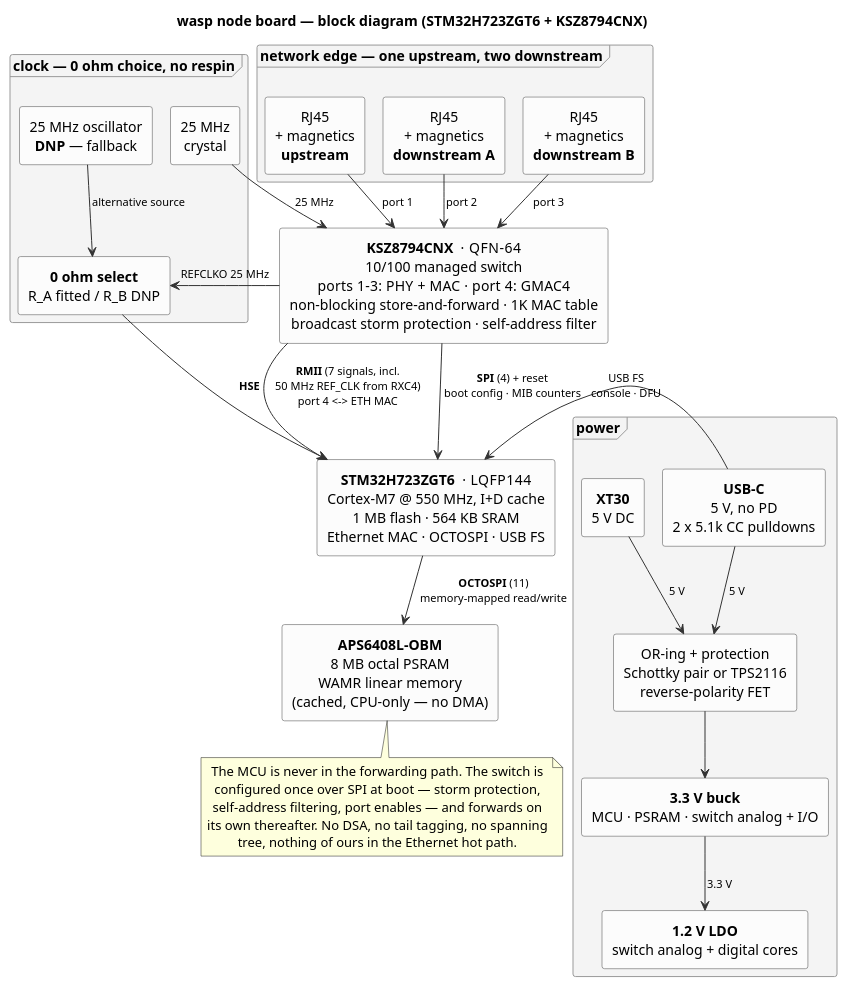
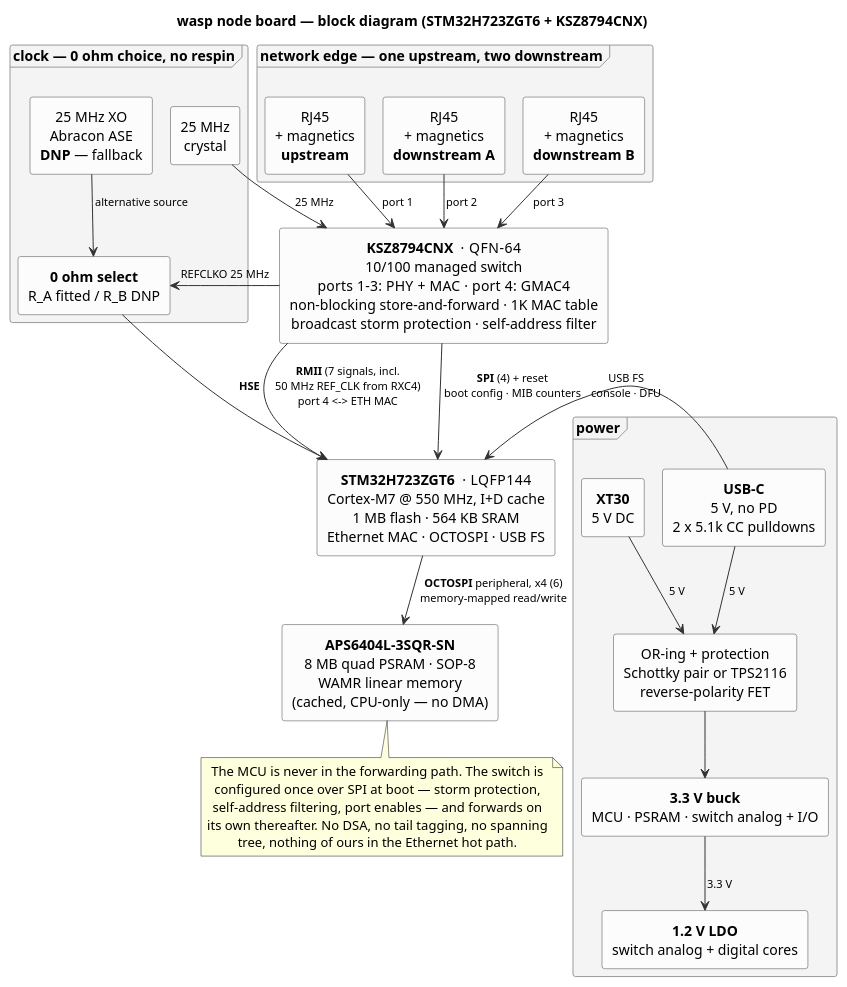
The diagram in docs/diagrams/node-board.puml (oskarvh/wasp), drawn with PlantUML before and after one commit. The commit also changed 12 other files, not shown here.

```diff
--- a/docs/diagrams/node-board.puml
+++ b/docs/diagrams/node-board.puml
@@ -1,74 +1,74 @@
 @startuml node-board
 ' Smetana = PlantUML's built-in layout engine, so no graphviz install
 !pragma layout smetana
 title wasp node board — block diagram (STM32H723ZGT6 + KSZ8794CNX)
 skinparam shadowing false
 skinparam defaultTextAlignment center
 skinparam ArrowColor #333333
 skinparam ArrowFontSize 11
 skinparam rectangle {
   BorderColor #444444
   BackgroundColor #FCFCFC
 }
 skinparam frame {
   BorderColor #999999
   BackgroundColor #F4F4F4
 }
 
 frame "network edge — one upstream, two downstream" as NET {
   rectangle "RJ45\n+ magnetics\n**upstream**" as J1
   rectangle "RJ45\n+ magnetics\n**downstream A**" as J2
   rectangle "RJ45\n+ magnetics\n**downstream B**" as J3
 }
 
 rectangle "**KSZ8794CNX**  ·  QFN-64\n10/100 managed switch\nports 1–3: PHY + MAC  ·  port 4: GMAC4\nnon-blocking store-and-forward · 1K MAC table\nbroadcast storm protection · self-address filter" as SW
 
 rectangle "**STM32H723ZGT6**  ·  LQFP144\nCortex-M7 @ 550 MHz, I+D cache\n1 MB flash · 564 KB SRAM\nEthernet MAC · OCTOSPI · USB FS" as MCU
 
-rectangle "**APS6408L-OBM**\n8 MB octal PSRAM\nWAMR linear memory\n(cached, CPU-only — no DMA)" as RAM
+rectangle "**APS6404L-3SQR-SN**\n8 MB quad PSRAM · SOP-8\nWAMR linear memory\n(cached, CPU-only — no DMA)" as RAM
 
 frame "clock — 0 ohm choice, no respin" as CLK {
   rectangle "25 MHz\ncrystal" as XTAL
-  rectangle "25 MHz oscillator\n**DNP** — fallback" as OSC
+  rectangle "25 MHz XO\nAbracon ASE\n**DNP** — fallback" as OSC
   rectangle "**0 ohm select**\nR_A fitted / R_B DNP" as CLKSEL
 }
 
 frame "power" as PWR {
   rectangle "**USB-C**\n5 V, no PD\n2 x 5.1k CC pulldowns" as USBC
   rectangle "**XT30**\n5 V DC" as XT30
   rectangle "OR-ing + protection\nSchottky pair or TPS2116\nreverse-polarity FET" as ORING
   rectangle "**3.3 V buck**\nMCU · PSRAM · switch analog + I/O" as BUCK
   rectangle "**1.2 V LDO**\nswitch analog + digital cores" as LDO
 }
 
 ' ---- data paths ---------------------------------------------------
 J1 -down-> SW : port 1
 J2 -down-> SW : port 2
 J3 -down-> SW : port 3
 
 SW -down-> MCU : **RMII** (7 signals, incl.\n50 MHz REF_CLK from RXC4)\nport 4 <-> ETH MAC
 SW -down-> MCU : **SPI** (4) + reset\nboot config · MIB counters
-MCU -down-> RAM : **OCTOSPI** (11)\nmemory-mapped read/write
+MCU -down-> RAM : **OCTOSPI** peripheral, x4 (6)\nmemory-mapped read/write
 USBC -left-> MCU : USB FS\nconsole · DFU
 
 ' ---- clock --------------------------------------------------------
 XTAL -right-> SW : 25 MHz
 SW -right-> CLKSEL : REFCLKO 25 MHz
 OSC -down-> CLKSEL : alternative source
 CLKSEL -down-> MCU : **HSE**
 
 ' ---- power --------------------------------------------------------
 USBC -down-> ORING : 5 V
 XT30 -down-> ORING : 5 V
 ORING -down-> BUCK
 BUCK -down-> LDO : 3.3 V
 
 note as N
   The MCU is never in the forwarding path. The switch is
   configured once over SPI at boot — storm protection,
   self-address filtering, port enables — and forwards on
   its own thereafter. No DSA, no tail tagging, no spanning
   tree, nothing of ours in the Ethernet hot path.
 end note
 RAM .. N
 @enduml
```
